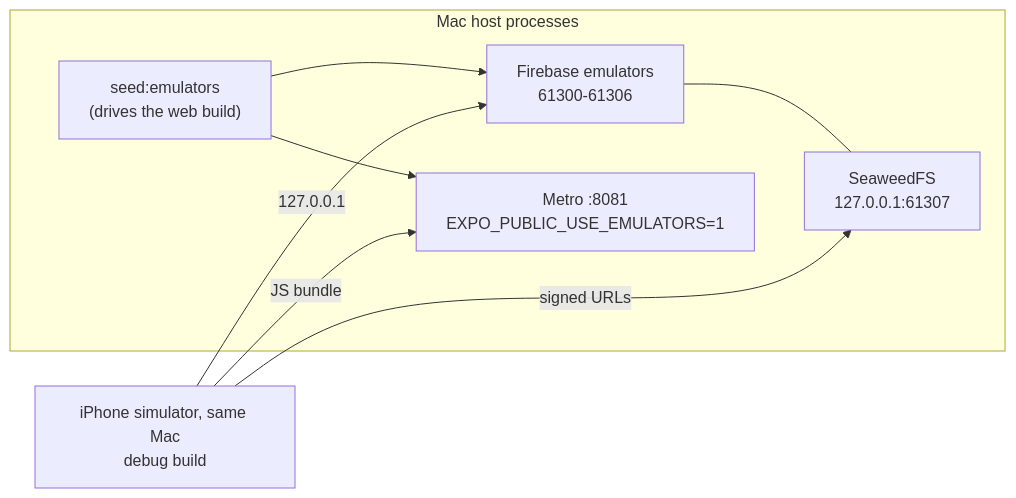
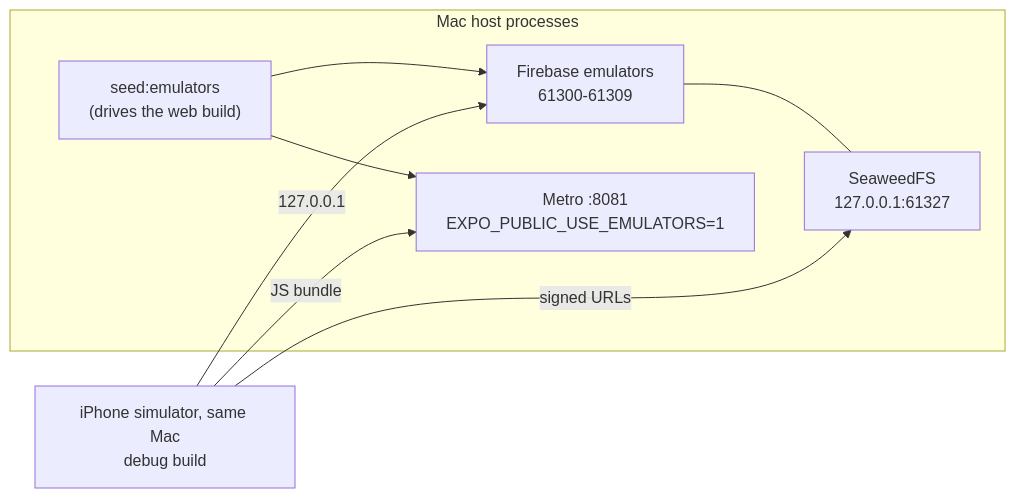
One commit to Sabeel-Institute/lms changed the diagram in docs/IOS-BUILD.md. Above: the diagram before and after it, drawn with Mermaid. The commit also changed other lines of this file and 10 other files, not shown here.

````diff
--- a/docs/IOS-BUILD.md
+++ b/docs/IOS-BUILD.md
@@ -140,12 +141,12 @@
 ```mermaid
 flowchart LR
   subgraph host["Mac host processes"]
-    EMU["Firebase emulators<br/>61300-61306"] --- S3["SeaweedFS<br/>127.0.0.1:61307"]
+    EMU["Firebase emulators<br/>61300-61309"] --- S3["SeaweedFS<br/>127.0.0.1:61327"]
     METRO["Metro :8081<br/>EXPO_PUBLIC_USE_EMULATORS=1"]
     SEED["seed:emulators<br/>(drives the web build)"] --> METRO
     SEED --> EMU
   end
   SIM["iPhone simulator, same Mac<br/>debug build"] -->|127.0.0.1| EMU
   SIM -->|signed URLs| S3
   SIM -->|JS bundle| METRO
 ```
````
